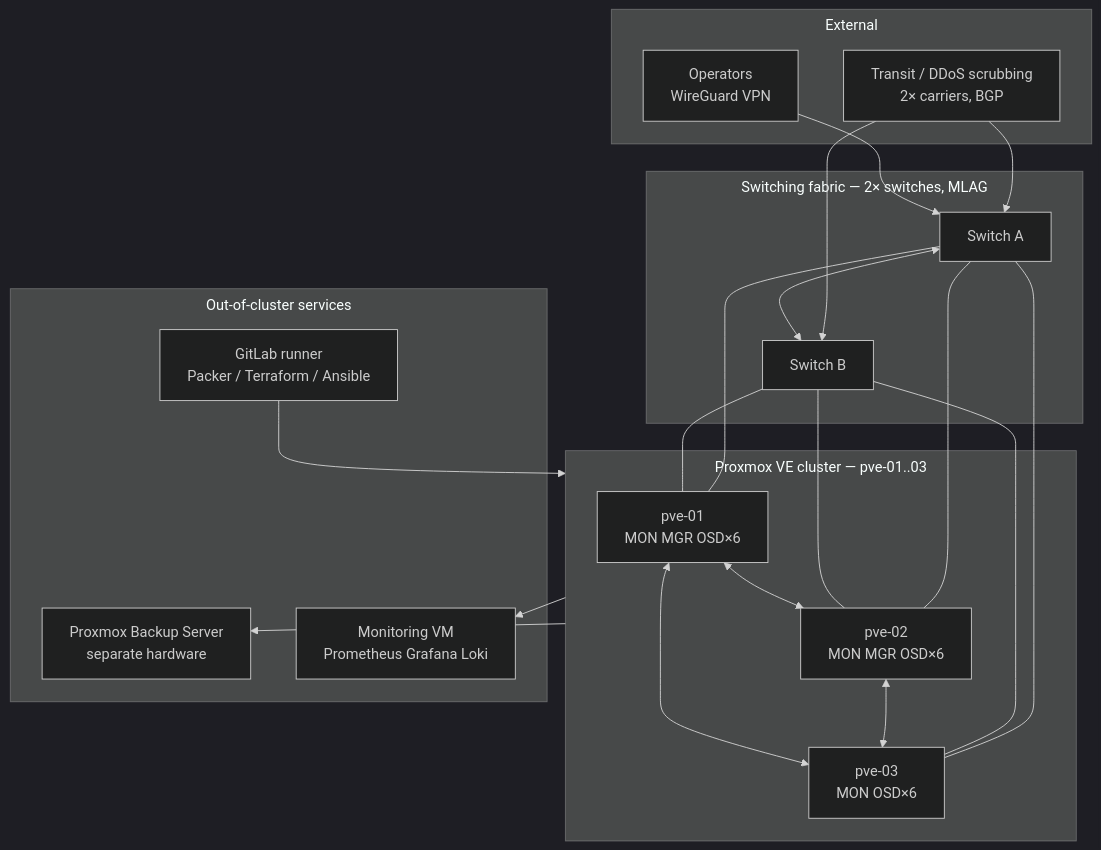
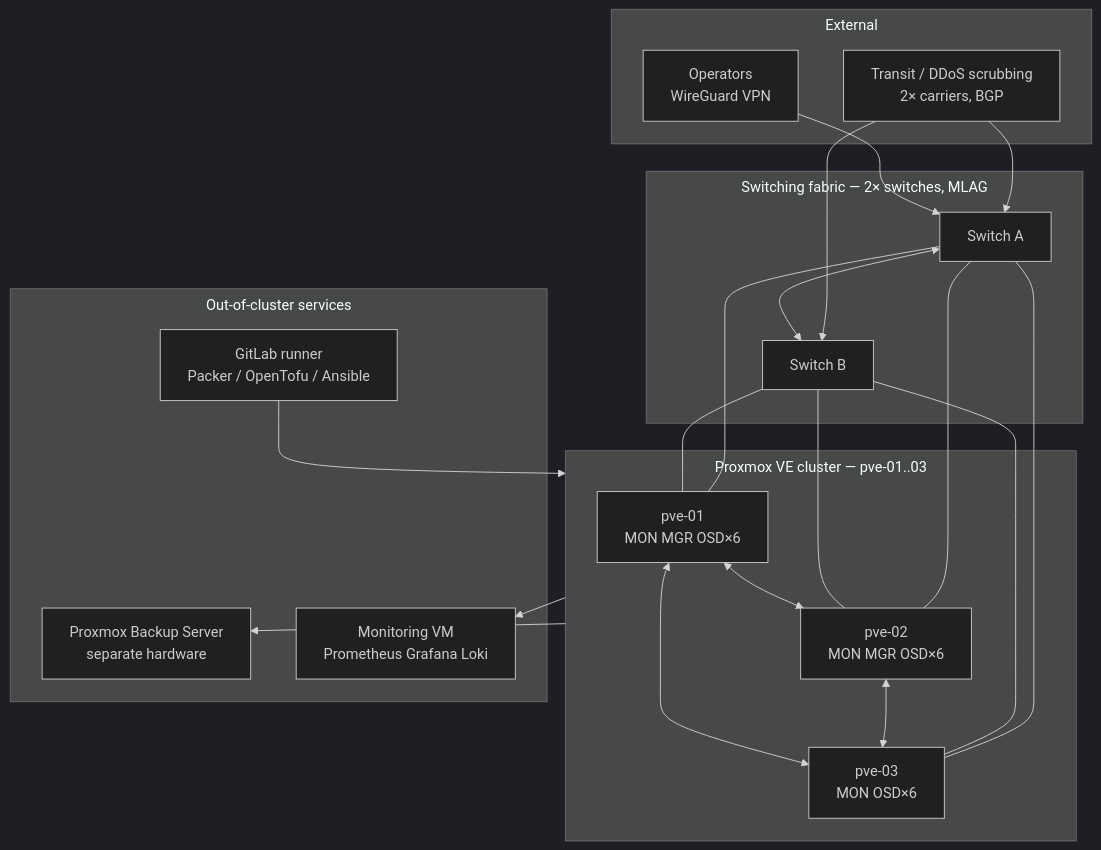
One commit to sroktech/proxmox-ceph-vps-blueprint changed the first of 2 diagrams in docs/05-phase3-cluster-architecture.md. Above: the diagram before and after it, drawn with Mermaid (dark theme). The commit also changed 37 other files, not shown here.

Commit message:
using OpenTofu

````diff
--- a/docs/05-phase3-cluster-architecture.md
+++ b/docs/05-phase3-cluster-architecture.md
@@ -29,42 +29,42 @@
 ```mermaid
 %%{init: {"flowchart": {"htmlLabels": true, "wrappingWidth": 400, "subGraphTitleMargin": {"top": 6, "bottom": 14}}}}%%
 flowchart TB
     subgraph EXT["External"]
       TRANSIT["Transit / DDoS scrubbing<br/>2× carriers, BGP"]
       OPS["Operators<br/>WireGuard VPN"]
     end
 
     subgraph FABRIC["Switching fabric — 2× switches, MLAG"]
       SW1["Switch A"]
       SW2["Switch B"]
     end
 
     subgraph CLUSTER["Proxmox VE cluster — pve-01..03"]
       N1["pve-01<br/>MON MGR OSD×6"]
       N2["pve-02<br/>MON MGR OSD×6"]
       N3["pve-03<br/>MON OSD×6"]
     end
 
     subgraph SVC["Out-of-cluster services"]
       PBS["Proxmox Backup Server<br/>separate hardware"]
       MON2["Monitoring VM<br/>Prometheus Grafana Loki"]
-      GL["GitLab runner<br/>Packer / Terraform / Ansible"]
+      GL["GitLab runner<br/>Packer / OpenTofu / Ansible"]
     end
 
     TRANSIT --> SW1
     TRANSIT --> SW2
     OPS --> SW1
     SW1 <--> SW2
     SW1 --- N1
     SW1 --- N2
     SW1 --- N3
     SW2 --- N1
     SW2 --- N2
     SW2 --- N3
     N1 <--> N2
     N2 <--> N3
     N1 <--> N3
     CLUSTER --> PBS
     CLUSTER --> MON2
     GL --> CLUSTER
 ```
````
